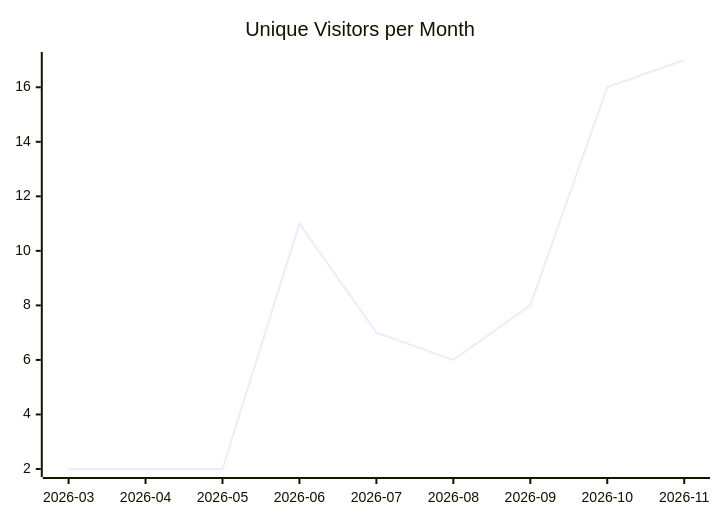
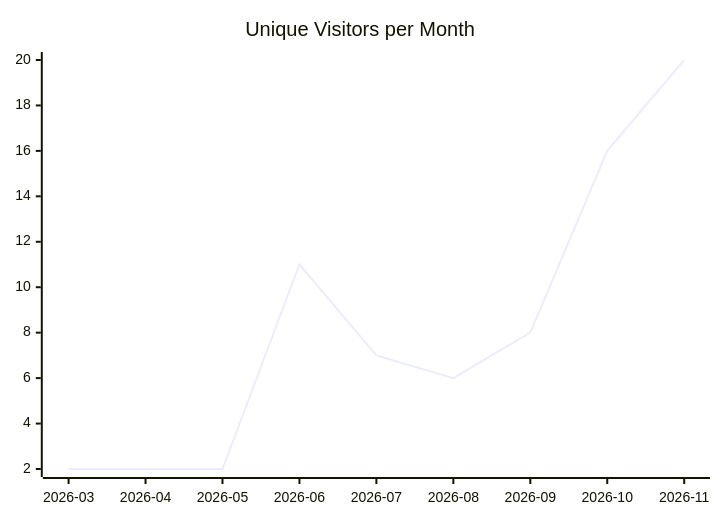
One commit to justdavis-family/github-analytics-data changed the first of 3 diagrams in karlmdavis/ansible-role-jenkins2/README.md. Above: the diagram before and after it, drawn with Mermaid. The commit also changed other lines of this file and 188 other files, not shown here.

````diff
--- a/karlmdavis/ansible-role-jenkins2/README.md
+++ b/karlmdavis/ansible-role-jenkins2/README.md
@@ -5,6 +5,6 @@
 ```mermaid
 xychart-beta
   title "Unique Visitors per Month"
   x-axis ["2026-03", "2026-04", "2026-05", "2026-06", "2026-07", "2026-08", "2026-09", "2026-10", "2026-11"]
-  line [2, 2, 2, 11, 7, 6, 8, 16, 17]
+  line [2, 2, 2, 11, 7, 6, 8, 16, 20]
 ```
````
